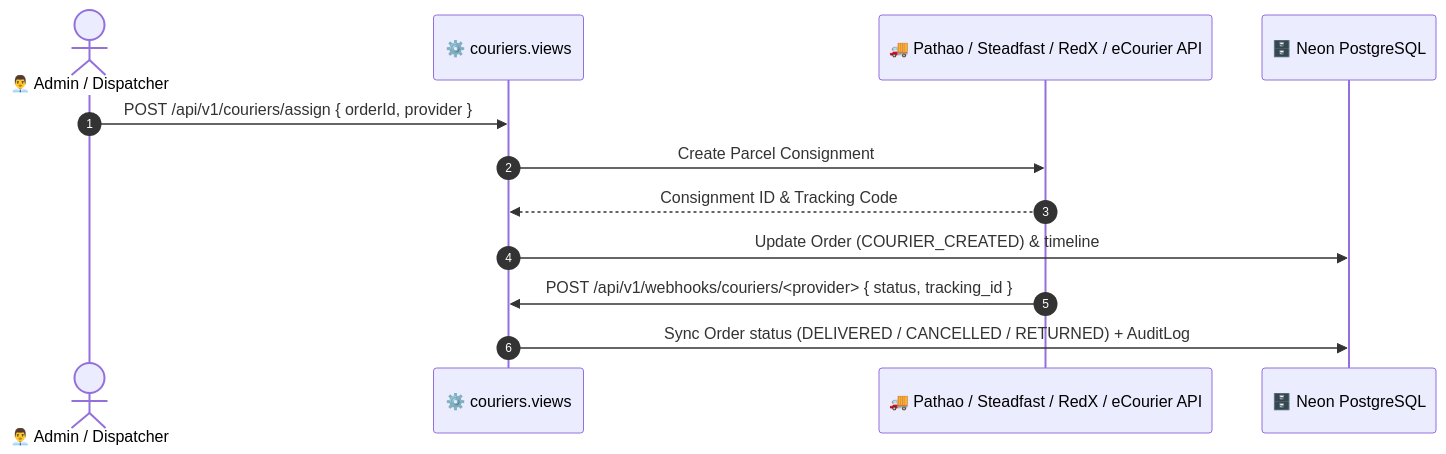
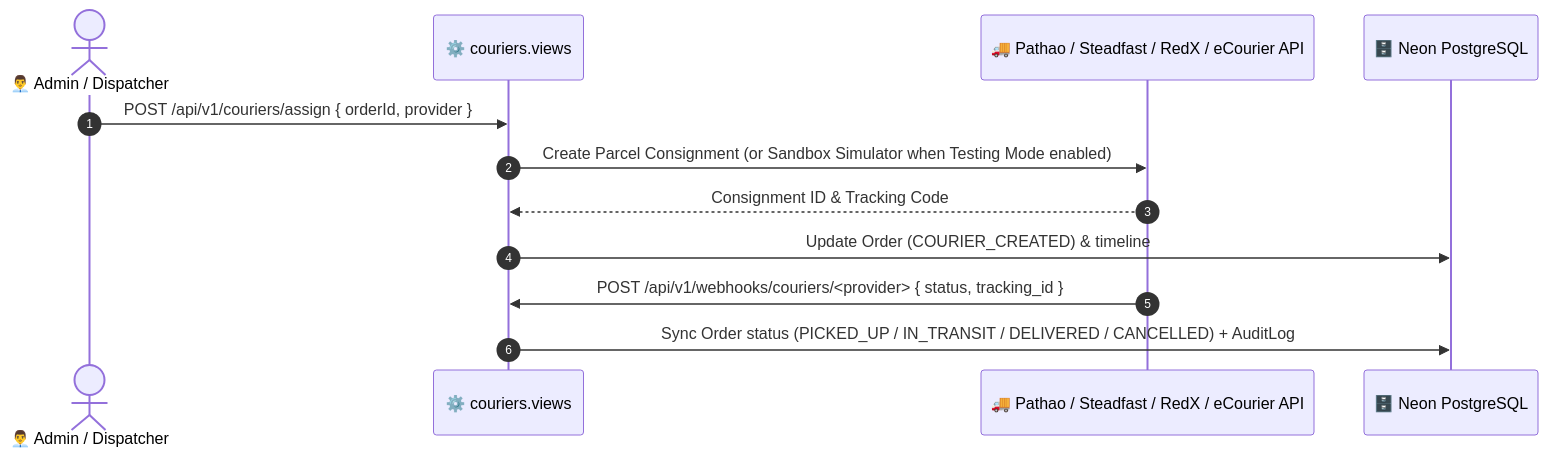
The fourth of 4 diagrams in README.md (SayhamKayes/SKzCART-Ecommerce-Backend), drawn with Mermaid before and after one commit. The commit also changed other lines of this file, not shown here.

````diff
--- a/README.md
+++ b/README.md
@@ -131,15 +135,15 @@
 ```mermaid
 sequenceDiagram
     autonumber
     actor Dispatcher as 👨‍💼 Admin / Dispatcher
     participant CourierView as ⚙️ couriers.views
     participant Hub as 🚚 Pathao / Steadfast / RedX / eCourier API
     participant DB as 🗄️ Neon PostgreSQL
 
     Dispatcher->>CourierView: POST /api/v1/couriers/assign { orderId, provider }
-    CourierView->>Hub: Create Parcel Consignment
+    CourierView->>Hub: Create Parcel Consignment (or Sandbox Simulator when Testing Mode enabled)
     Hub-->>CourierView: Consignment ID & Tracking Code
     CourierView->>DB: Update Order (COURIER_CREATED) & timeline
     Hub->>CourierView: POST /api/v1/webhooks/couriers/<provider> { status, tracking_id }
-    CourierView->>DB: Sync Order status (DELIVERED / CANCELLED / RETURNED) + AuditLog
+    CourierView->>DB: Sync Order status (PICKED_UP / IN_TRANSIT / DELIVERED / CANCELLED) + AuditLog
 ```
````
